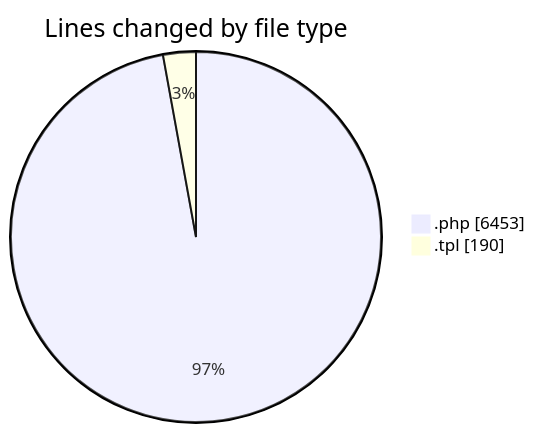
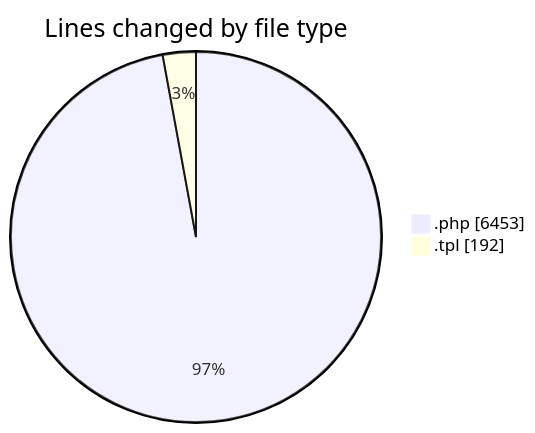
The first of 2 diagrams in 2025-08-26/shop/README.md (vahidmafi/code-tracking), drawn with Mermaid before and after one commit. The commit also changed other lines of this file and 1 other file, not shown here.

````diff
--- a/2025-08-26/shop/README.md
+++ b/2025-08-26/shop/README.md
@@ -24,6 +24,6 @@
 ```mermaid
 pie showData
 title Lines changed by file type
 ".php" : 6453
-".tpl" : 190
+".tpl" : 192
 ```
````
